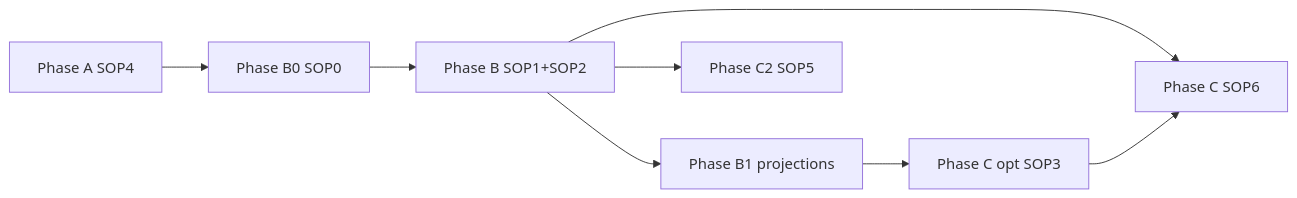
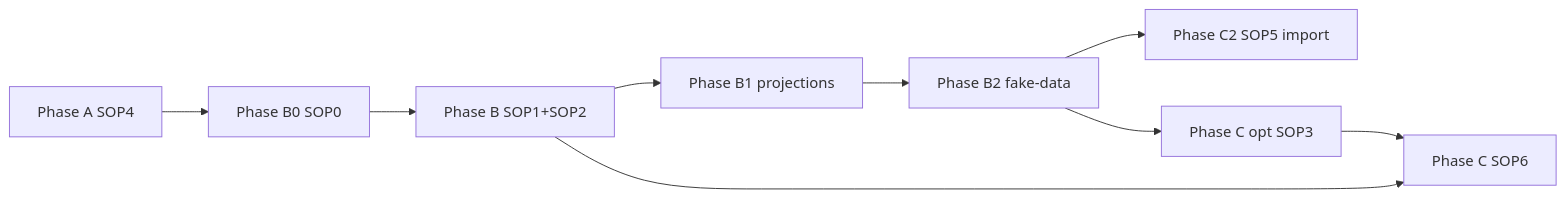
The diagram in starterkit/personal-mcp/ROUTE_MAP.md (mindflight-orchestrator/starter-kit-ghostcrab-perso), drawn with Mermaid before and after one commit. The commit also changed other lines of this file and 12 other files, not shown here.

First line of the commit message:
Align StarterKit projections with ghostcrab-personal-mcp artifact taxonomy and B2 fake-data routes.

````diff
--- a/starterkit/personal-mcp/ROUTE_MAP.md
+++ b/starterkit/personal-mcp/ROUTE_MAP.md
@@ -32,10 +34,11 @@
 ```mermaid
 flowchart LR
   SOP4[Phase A SOP4] --> SOP0[Phase B0 SOP0]
   SOP0 --> SOP1B[Phase B SOP1+SOP2]
   SOP1B --> SOP1proj[Phase B1 projections]
-  SOP1proj --> SOP3[Phase C opt SOP3]
+  SOP1proj --> SOP2fake[Phase B2 fake-data]
+  SOP2fake --> SOP5C2[Phase C2 SOP5 import]
+  SOP2fake --> SOP3[Phase C opt SOP3]
   SOP1B --> SOP6[Phase C SOP6]
-  SOP1B --> SOP5[Phase C2 SOP5]
   SOP3 --> SOP6
 ```
````
